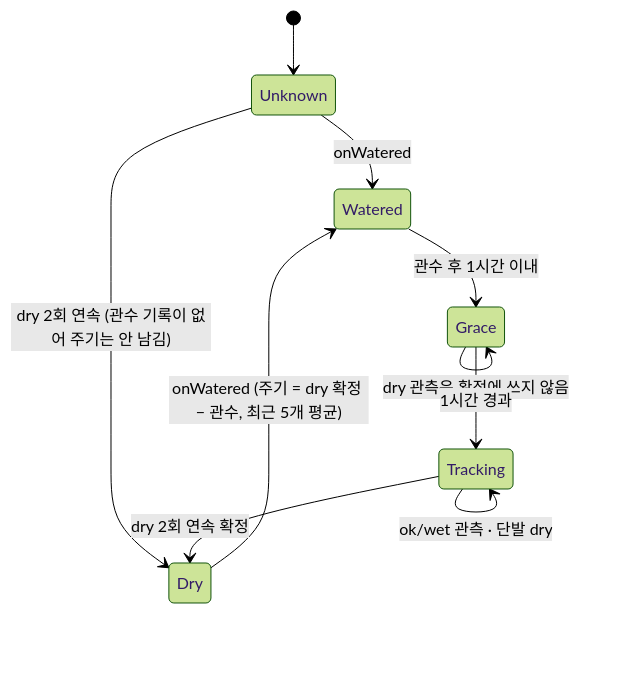
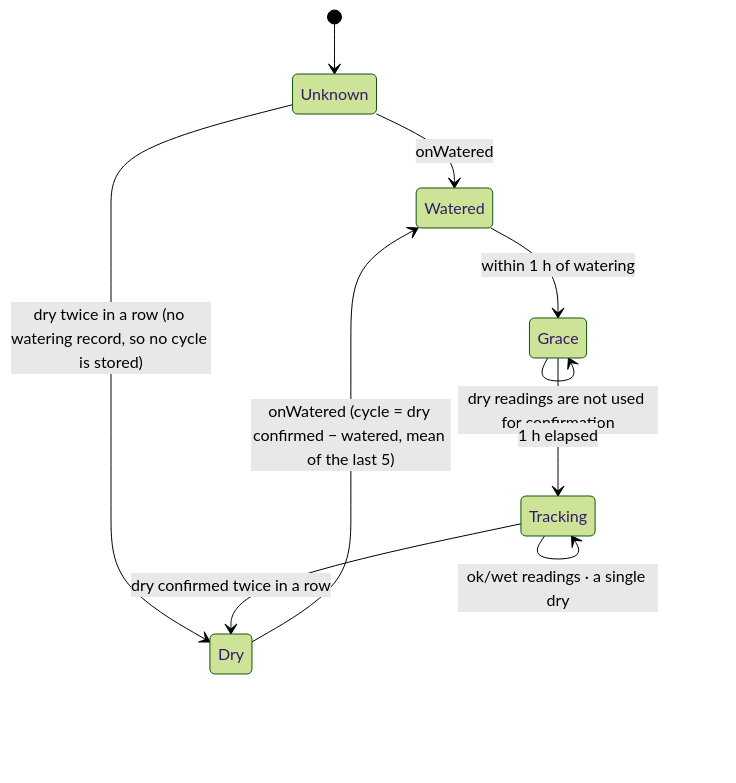
Before and after one commit to chungbrain/OOJOO-FARM: diagram 14 of 16 in docs/code-graph/README.md, drawn with Mermaid (forest theme). The commit also changed other lines of this file and 7 other files, not shown here.

First line of the commit message:
docs: English code graph as default, Korean in *_kor.md

````diff
--- a/docs/code-graph/README.md
+++ b/docs/code-graph/README.md
@@ -370,12 +370,12 @@
 ```mermaid
 stateDiagram-v2
   [*] --> Unknown
   Unknown --> Watered: onWatered
-  Unknown --> Dry: dry 2회 연속 (관수 기록이 없어 주기는 안 남김)
-  Watered --> Grace: 관수 후 1시간 이내
-  Grace --> Grace: dry 관측은 확정에 쓰지 않음
-  Grace --> Tracking: 1시간 경과
-  Tracking --> Tracking: ok/wet 관측 · 단발 dry
-  Tracking --> Dry: dry 2회 연속 확정
-  Dry --> Watered: onWatered (주기 = dry 확정 − 관수, 최근 5개 평균)
+  Unknown --> Dry: dry twice in a row (no watering record, so no cycle is stored)
+  Watered --> Grace: within 1 h of watering
+  Grace --> Grace: dry readings are not used for confirmation
+  Grace --> Tracking: 1 h elapsed
+  Tracking --> Tracking: ok/wet readings · a single dry
+  Tracking --> Dry: dry confirmed twice in a row
+  Dry --> Watered: onWatered (cycle = dry confirmed − watered, mean of the last 5)
 ```
````
